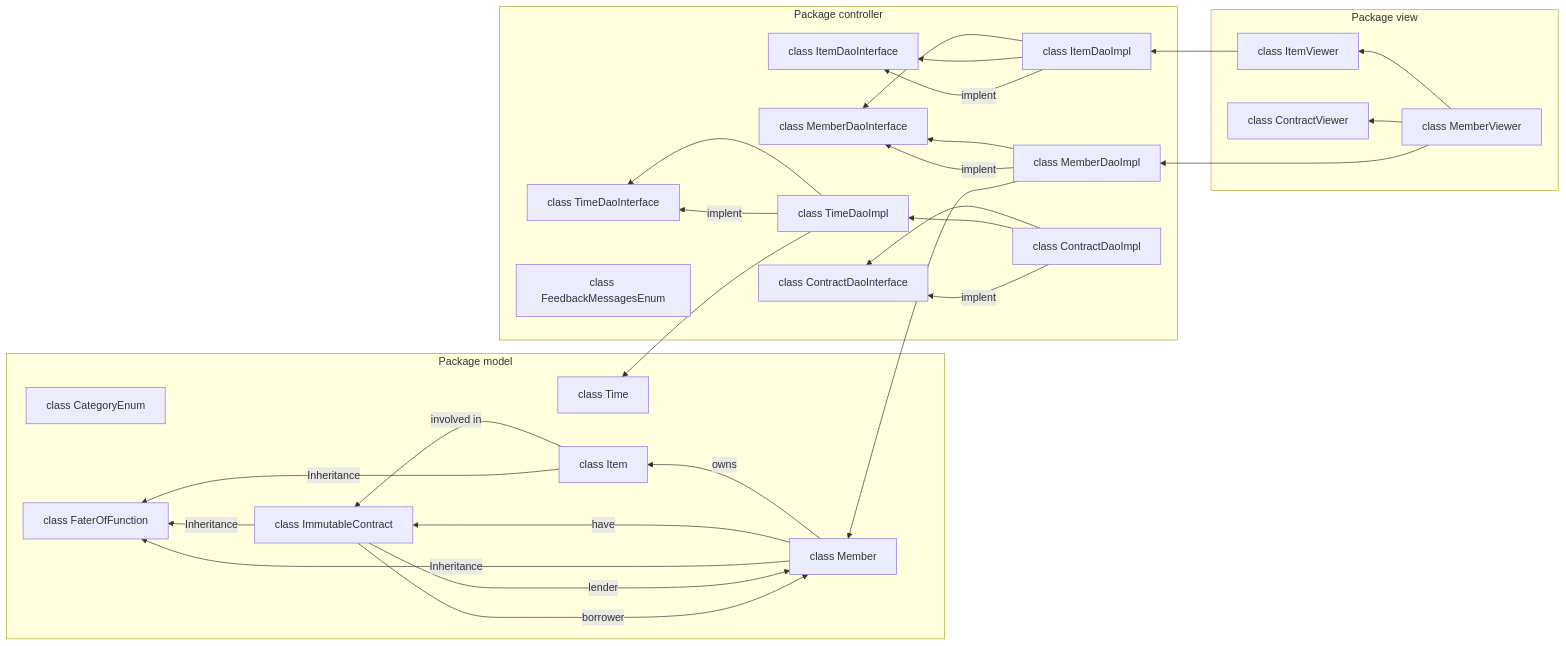
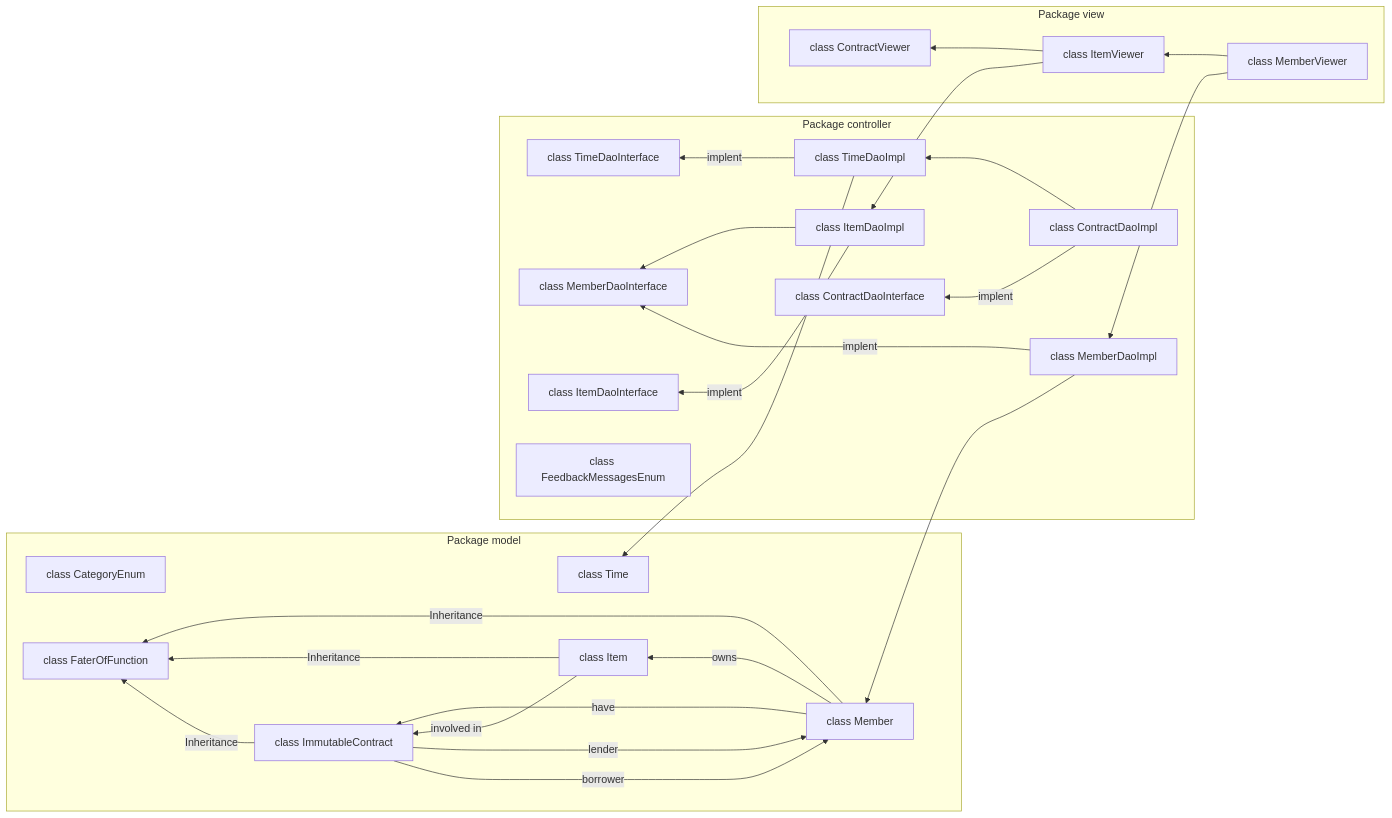
One commit to ashkar99/Stuff-Lending-System changed the first of 5 diagrams in design.md. Above: the diagram before and after it, drawn with Mermaid. The commit also changed other lines of this file, not shown here.

````diff
--- a/design.md
+++ b/design.md
@@ -2,67 +2,63 @@
 ```mermaid
 
 graph RL
     subgraph Package model
     model1[class Time]
     model2[class Member]
     model3[class Item]
     model4[class CategoryEnum]
     model5[class ImmutableContract]
     model6[class FaterOfFunction]
 
     end
 
     subgraph Package controller
     controller1[class TimeDaoImpl]  
     controller2[class TimeDaoInterface]      
     controller3[class MemberDaoInterface] 
     controller4[class MemberDaoImpl]     
     controller5[class ItemDaoInterface]  
     controller6[class ItemDaoImpl]       
     controller7[class ContractDaoInterface] 
     controller8[class ContractDaoImpl]
     controller9[class FeedbackMessagesEnum]
         
     end
 
     subgraph Package view
     view1[class MemberViewer]
     view2[class ItemViewer]
     view3[class ContractViewer]
     
     end
 
     controller6 --> controller3
-    controller1 --> controller2
-    controller4 -->controller3
-    controller6 -->  controller5
-    controller8 --> controller7 
     controller8 --> controller1
 
 
     model2 --"owns"--> model3 
     model2 --"have"--> model5 
     model3 --"involved in"--> model5 
     model5 --"lender"--> model2 
     model5 --"borrower"--> model2 
 
     
     model2 --"Inheritance"--> model6
     model3 --"Inheritance"--> model6
     model5 --"Inheritance"--> model6
     
     view1 --> view2
-    view1 --> view3
+    view2 --> view3
 
     controller6 --"implent"--> controller5  
     controller4 --"implent"--> controller3 
     controller8 --"implent"--> controller7  
     controller1 --"implent"--> controller2 
     
 
     controller1 --> model1
     controller4 --> model2
     
     view2 --> controller6
     view1 --> controller4
 ```
````
